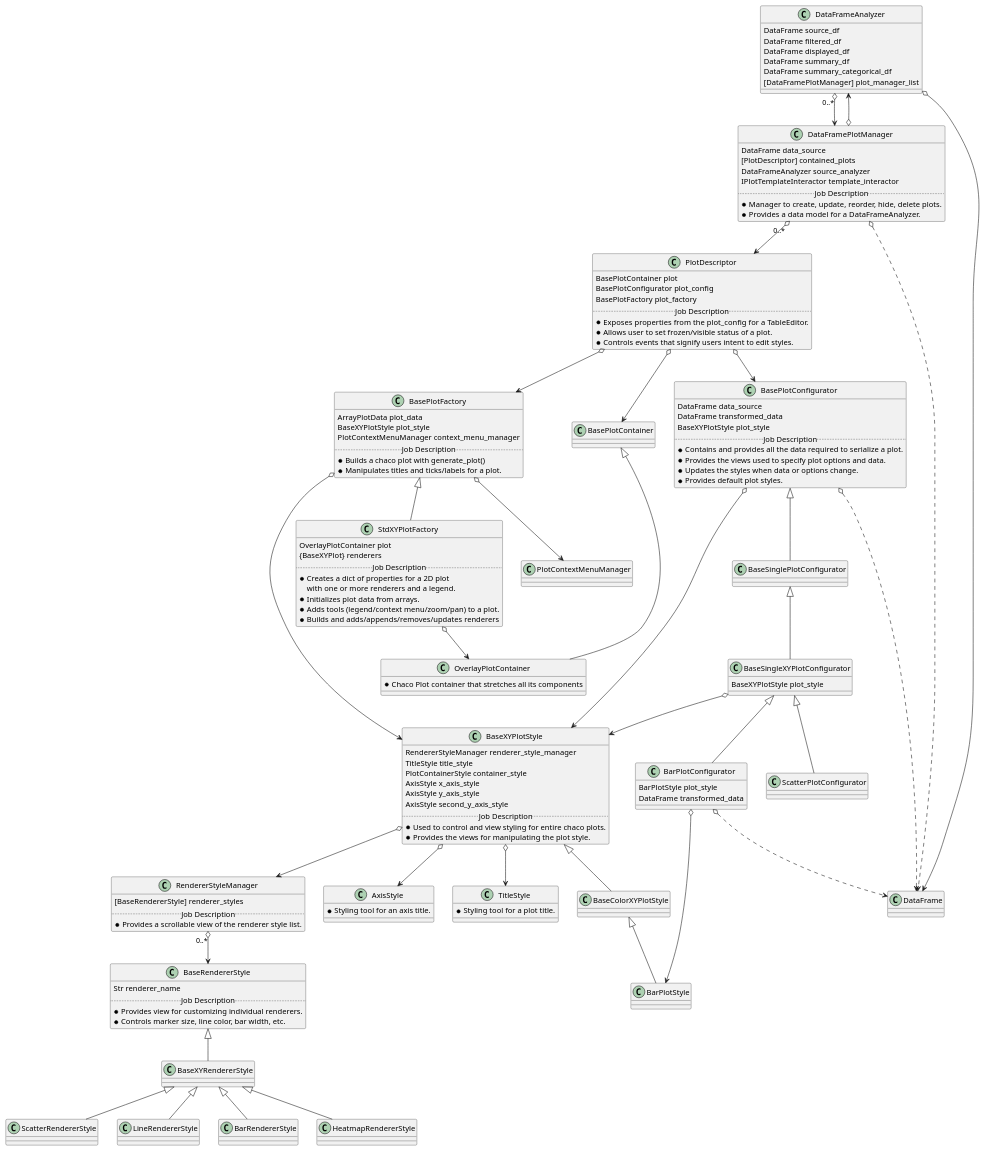
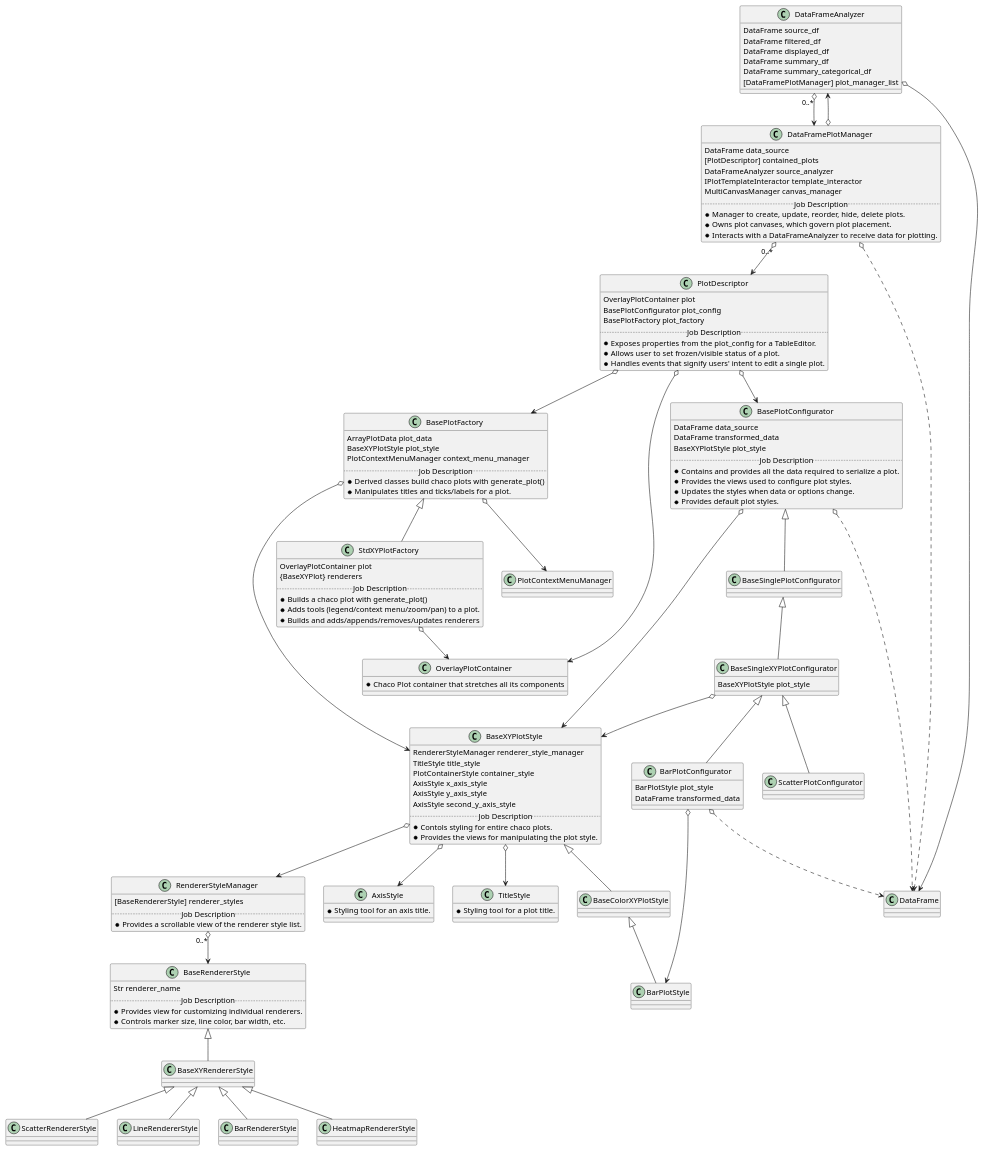
The diagram in pybleau_plotting.puml (KBIbiopharma/pybleau), drawn with PlantUML before and after one commit.

Commit message:
Updates from review

```diff
--- a/pybleau_plotting.puml
+++ b/pybleau_plotting.puml
@@ -1,144 +1,140 @@
 @startuml
 
 'class DataElement
 'DataElement <|-- DataFramePlotManager
 'DataElement <|-- DataFrameAnalyzer
 class DataFrameAnalyzer {
     DataFrame source_df
     DataFrame filtered_df
     DataFrame displayed_df
     DataFrame summary_df
     DataFrame summary_categorical_df
     [DataFramePlotManager] plot_manager_list
 }
 DataFrameAnalyzer o--> DataFrame
 DataFrameAnalyzer "0..*" o--> DataFramePlotManager
 
 class DataFramePlotManager {
     DataFrame data_source
     [PlotDescriptor] contained_plots
     DataFrameAnalyzer source_analyzer
     IPlotTemplateInteractor template_interactor
+    MultiCanvasManager canvas_manager
     ..Job Description..
     * Manager to create, update, reorder, hide, delete plots.
-    * Provides a data model for a DataFrameAnalyzer.
+    * Owns plot canvases, which govern plot placement.
+    * Interacts with a DataFrameAnalyzer to receive data for plotting.
 }
 DataFramePlotManager "0..*" o--> PlotDescriptor
 DataFramePlotManager o..> DataFrame
 DataFramePlotManager o--> DataFrameAnalyzer
 
 class BasePlotFactory {
     ArrayPlotData plot_data
     BaseXYPlotStyle plot_style
     PlotContextMenuManager context_menu_manager
     ..Job Description..
-    * Builds a chaco plot with generate_plot()
+    * Derived classes build chaco plots with generate_plot()
     * Manipulates titles and ticks/labels for a plot.
 }
 BasePlotFactory o--> BaseXYPlotStyle
 BasePlotFactory o--> PlotContextMenuManager
 
 class StdXYPlotFactory {
     OverlayPlotContainer plot
     {BaseXYPlot} renderers
     ..Job Description..
-    * Creates a dict of properties for a 2D plot
-    with one or more renderers and a legend.
-    * Initializes plot data from arrays.
+    * Builds a chaco plot with generate_plot()
     * Adds tools (legend/context menu/zoom/pan) to a plot.
     * Builds and adds/appends/removes/updates renderers
 }
-BasePlotContainer <|-- OverlayPlotContainer
 BasePlotFactory <|-- StdXYPlotFactory
 StdXYPlotFactory o--> OverlayPlotContainer
 OverlayPlotContainer : * Chaco Plot container that stretches all its components
 
 class BaseXYPlotStyle {
     RendererStyleManager renderer_style_manager
     TitleStyle title_style
     PlotContainerStyle container_style
     AxisStyle x_axis_style
     AxisStyle y_axis_style
     AxisStyle second_y_axis_style
     ..Job Description..
-    * Used to control and view styling for entire chaco plots.
+    * Contols styling for entire chaco plots.
     * Provides the views for manipulating the plot style.
 }
 BaseXYPlotStyle o--> RendererStyleManager
 BaseXYPlotStyle o--> AxisStyle
 BaseXYPlotStyle o--> TitleStyle
 BaseXYPlotStyle <|-- BaseColorXYPlotStyle
 BaseColorXYPlotStyle <|-- BarPlotStyle
 
 TitleStyle : * Styling tool for a plot title.
 AxisStyle : * Styling tool for an axis title.
 
 class RendererStyleManager {
     [BaseRendererStyle] renderer_styles
     ..Job Description..
     * Provides a scrollable view of the renderer style list.
 }
 RendererStyleManager "0..*" o--> BaseRendererStyle
 
 class BaseRendererStyle {
     Str renderer_name
     ..Job Description..
     * Provides view for customizing individual renderers.
     * Controls marker size, line color, bar width, etc.
 }
 BaseRendererStyle <|-- BaseXYRendererStyle
 BaseXYRendererStyle <|-- ScatterRendererStyle
 BaseXYRendererStyle <|-- LineRendererStyle
 BaseXYRendererStyle <|-- BarRendererStyle
 BaseXYRendererStyle <|-- HeatmapRendererStyle
 
 
 class PlotDescriptor {
-    BasePlotContainer plot
+    OverlayPlotContainer plot
     BasePlotConfigurator plot_config
     BasePlotFactory plot_factory
     ..Job Description..
     * Exposes properties from the plot_config for a TableEditor.
     * Allows user to set frozen/visible status of a plot.
-    * Controls events that signify users intent to edit styles.
+    * Handles events that signify users' intent to edit a single plot.
 }
-PlotDescriptor o--> BasePlotContainer
+PlotDescriptor o--> OverlayPlotContainer
 PlotDescriptor o--> BasePlotConfigurator
 PlotDescriptor o--> BasePlotFactory
 
 
 class BasePlotConfigurator {
     DataFrame data_source
     DataFrame transformed_data
     BaseXYPlotStyle plot_style
     ..Job Description..
     * Contains and provides all the data required to serialize a plot.
-    * Provides the views used to specify plot options and data.
+    * Provides the views used to configure plot styles.
     * Updates the styles when data or options change.
     * Provides default plot styles.
 }
 BasePlotConfigurator o..> DataFrame
 BasePlotConfigurator o--> BaseXYPlotStyle
 
 class BaseSingleXYPlotConfigurator {
     BaseXYPlotStyle plot_style
 }
 BaseSingleXYPlotConfigurator o--> BaseXYPlotStyle
 
 class BarPlotConfigurator {
     BarPlotStyle plot_style
     DataFrame transformed_data
 }
 BarPlotConfigurator o..> DataFrame
 BarPlotConfigurator o--> BarPlotStyle
 
 class ScatterPlotConfigurator
 BasePlotConfigurator <|-- BaseSinglePlotConfigurator
-'BasePlotConfigurator <|-- BaseMultiPlotConfigurator
-'BaseSingleXYPlotConfigurator <|-- MultiLinePlotConfigurator
-'BaseMultiPlotConfigurator <|-- MultiLinePlotConfigurator
 BaseSinglePlotConfigurator <|-- BaseSingleXYPlotConfigurator
 BaseSingleXYPlotConfigurator <|-- BarPlotConfigurator
 BaseSingleXYPlotConfigurator <|-- ScatterPlotConfigurator
 
 @enduml
```
